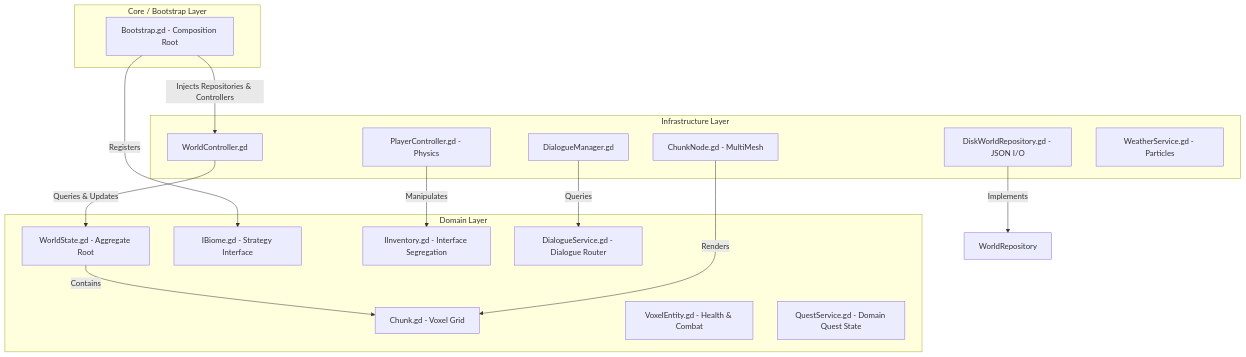
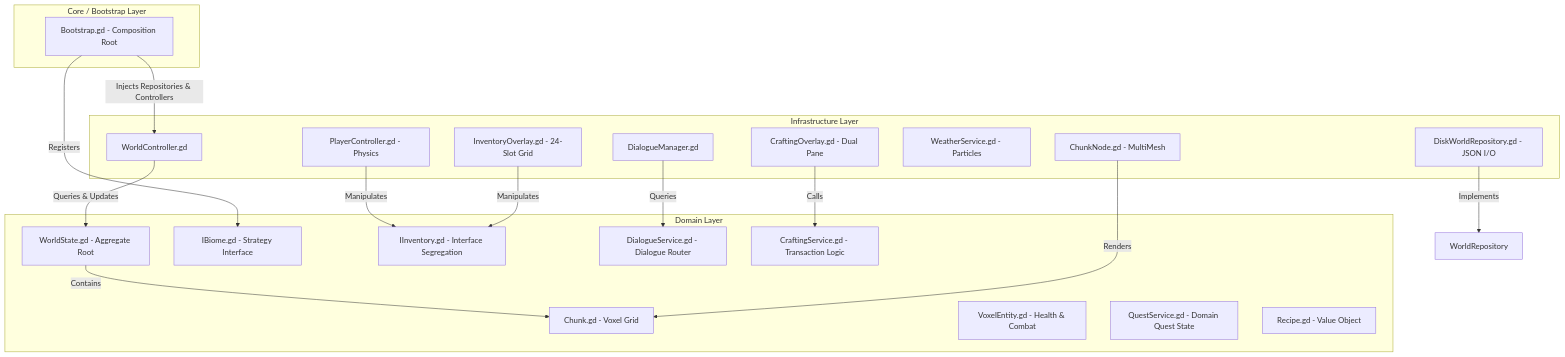
One commit to enriquegonzalezgutierrez/CraftDomain changed the first of 3 diagrams in README.md. Above: the diagram before and after it, drawn with Mermaid. The commit also changed other lines of this file and 19 other files, not shown here.

````diff
--- a/README.md
+++ b/README.md
@@ -15,34 +15,40 @@
 ```mermaid
 graph TD
 	subgraph Core_Bootstrap [Core / Bootstrap Layer]
 		Bootstrap[Bootstrap.gd - Composition Root]
 	end
 
 	subgraph Infrastructure_Layer [Infrastructure Layer]
 		WorldController[WorldController.gd]
 		ChunkNode[ChunkNode.gd - MultiMesh]
 		PlayerController[PlayerController.gd - Physics]
 		DiskWorldRepository[DiskWorldRepository.gd - JSON I/O]
 		DialogueManager[DialogueManager.gd]
 		WeatherService[WeatherService.gd - Particles]
+		CraftingOverlay[CraftingOverlay.gd - Dual Pane]
+		InventoryOverlay[InventoryOverlay.gd - 24-Slot Grid]
 	end
 
 	subgraph Domain_Layer [Domain Layer]
 		WorldState[WorldState.gd - Aggregate Root]
 		Chunk[Chunk.gd - Voxel Grid]
 		VoxelEntity[VoxelEntity.gd - Health & Combat]
 		IBiome[IBiome.gd - Strategy Interface]
 		IInventory[IInventory.gd - Interface Segregation]
 		QuestService[QuestService.gd - Domain Quest State]
 		DialogueService[DialogueService.gd - Dialogue Router]
+		CraftingService[CraftingService.gd - Transaction Logic]
+		Recipe[Recipe.gd - Value Object]
 	end
 
 	Bootstrap -->|Injects Repositories & Controllers| WorldController
 	Bootstrap -->|Registers| IBiome
 	WorldController -->|Queries & Updates| WorldState
 	WorldState -->|Contains| Chunk
 	ChunkNode -->|Renders| Chunk
 	PlayerController -->|Manipulates| IInventory
 	DiskWorldRepository -->|Implements| WorldRepository
 	DialogueManager -->|Queries| DialogueService
+	CraftingOverlay -->|Calls| CraftingService
+	InventoryOverlay -->|Manipulates| IInventory
 ```
````
